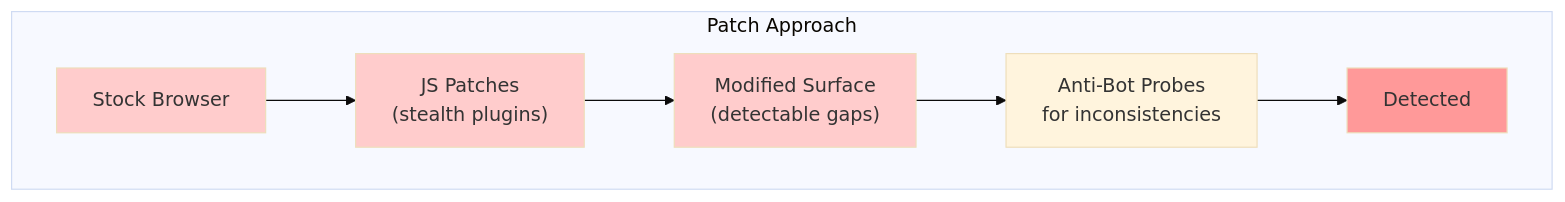
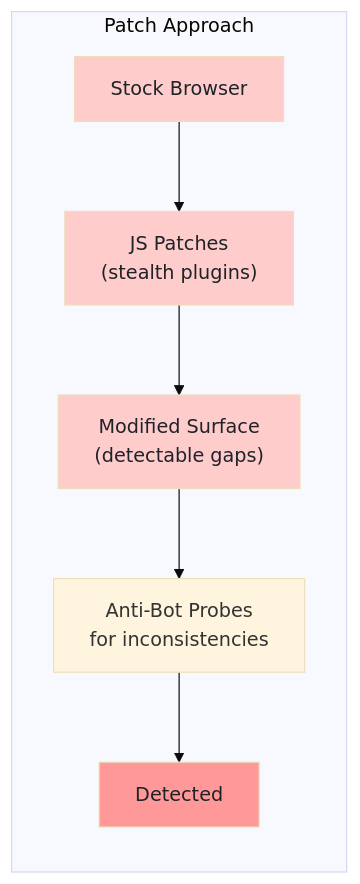
Before and after one commit to bytetunnels/bytetunnels.github.com: the first of 3 diagrams in _posts/2026-02-20-camoufox-tutorial-setting-up-fingerprint-resistant-firefox.md, drawn with Mermaid (base theme). The commit also changed other lines of this file and 118 other files, not shown here.

Commit message:
feat: improve diagram styling and compact wide flowcharts

````diff
--- a/_posts/2026-02-20-camoufox-tutorial-setting-up-fingerprint-resistant-firefox.md
+++ b/_posts/2026-02-20-camoufox-tutorial-setting-up-fingerprint-resistant-firefox.md
@@ -21,14 +21,15 @@
 ```mermaid
 graph TD
     subgraph "Patch Approach"
-        A["Stock Browser"] --> B["JS Patches<br>(stealth plugins)"]
-        B --> C["Modified Surface<br>(detectable gaps)"]
-        C --> D["Anti-Bot Probes<br>for inconsistencies"]
+        direction TB
+        A["Stock Browser"] --> B["JS Patches<br/>(stealth plugins)"]
+        B --> C["Modified Surface<br/>(detectable gaps)"]
+        C --> D["Anti-Bot Probes<br/>for inconsistencies"]
         D --> E["Detected"]
     end
 
-    style A fill:#ffcccc
-    style B fill:#ffcccc
-    style C fill:#ffcccc
-    style E fill:#ff9999
+    style A fill:#ffcccc,color:#1f2328
+    style B fill:#ffcccc,color:#1f2328
+    style C fill:#ffcccc,color:#1f2328
+    style E fill:#ff9999,color:#1f2328
 ```
````
